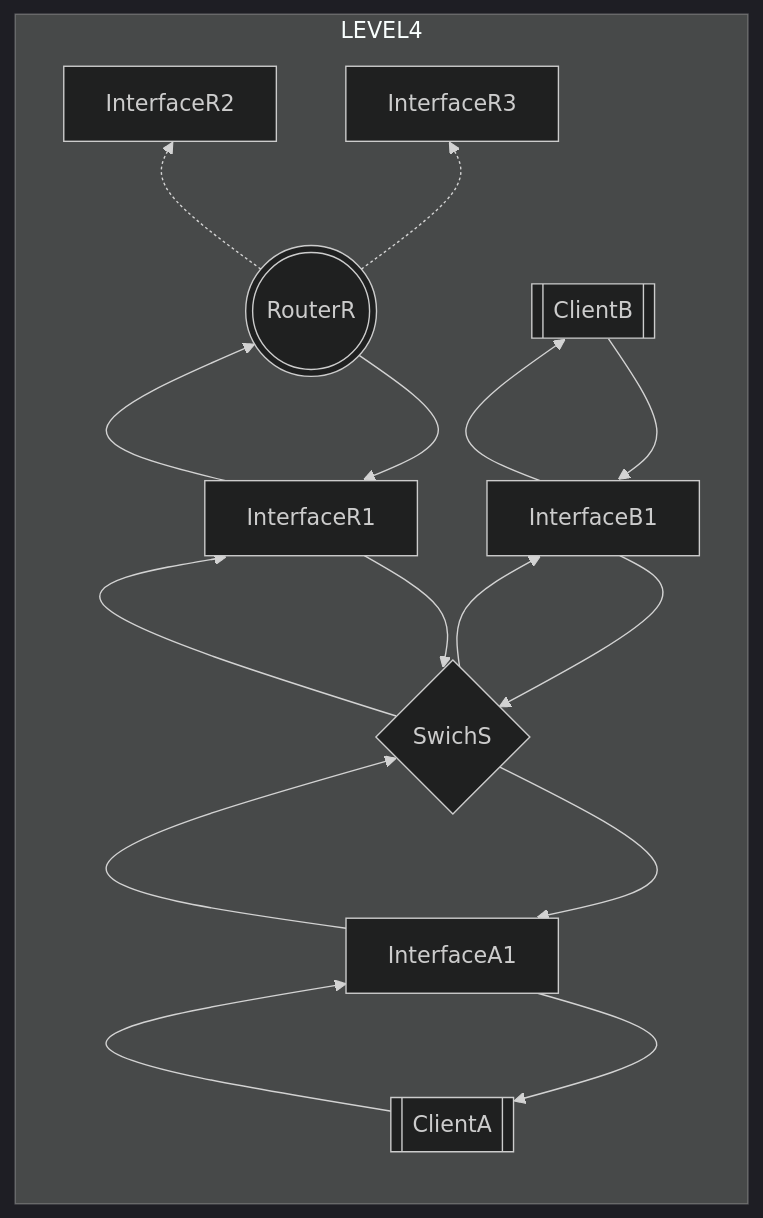
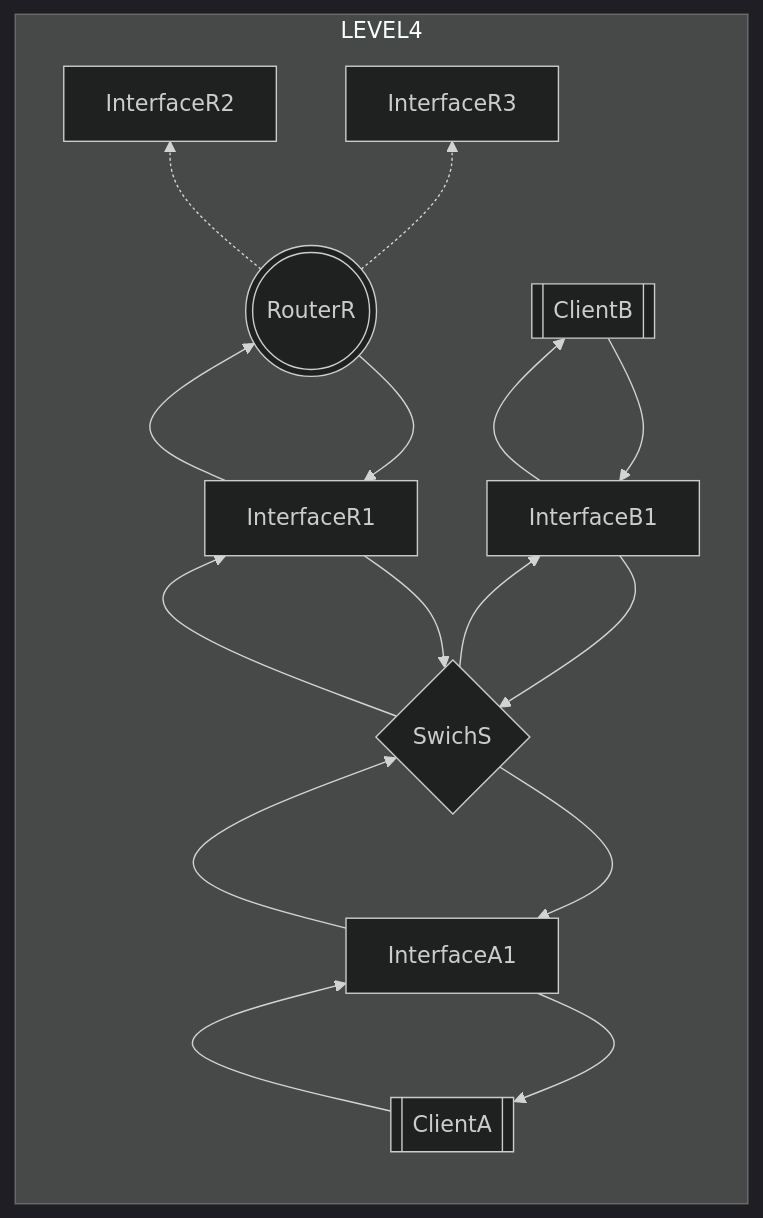
One commit to rikeda-cloud/net_practice changed the first of 2 diagrams in level4.md. Above: the diagram before and after it, drawn with Mermaid. The commit also changed other lines of this file and 9 other files, not shown here.

````diff
--- a/level4.md
+++ b/level4.md
@@ -14,25 +14,21 @@
 ```mermaid
 %%{init:{'theme': 'dark'}}%%
-%%{init:{'flowchart': {'curve': 'natural'}}}%%
 flowchart
 subgraph LEVEL4
     direction BT
     CA[[ClientA]]
     CB[[ClientB]]
     RR(((RouterR)))
     IA[InterfaceA1]
     IB[InterfaceB1]
     IR1[InterfaceR1]
     IR2[InterfaceR2]
     IR3[InterfaceR3]
     S{SwichS}
-    CA-->IA-->CA
-    IA-->S-->IA
+    CA-->IA-->S-->IA-->CA
+    S-->IR1-->RR-->IR1-->S
     RR-.->IR2
     RR-.->IR3
-    RR-->IR1-->RR
-    IR1-->S-->IR1
-    CB-->IB-->CB
-    IB-->S-->IB
+    CB-->IB-->S-->IB-->CB
 end
 ```
````
